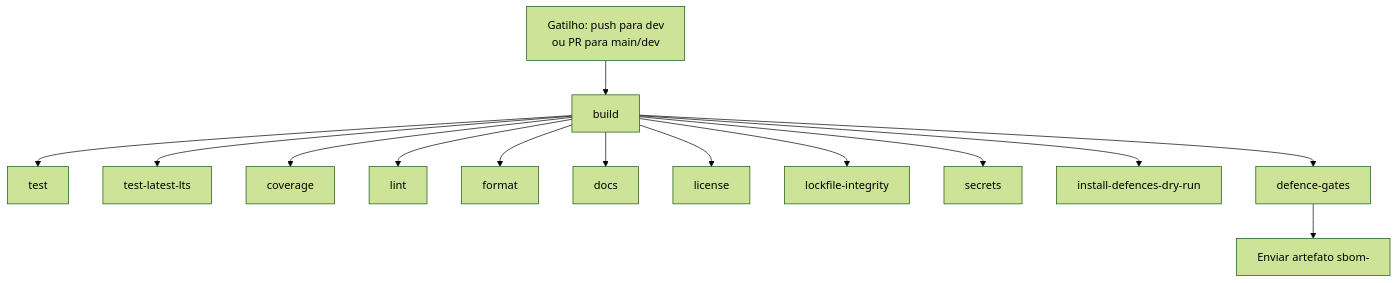
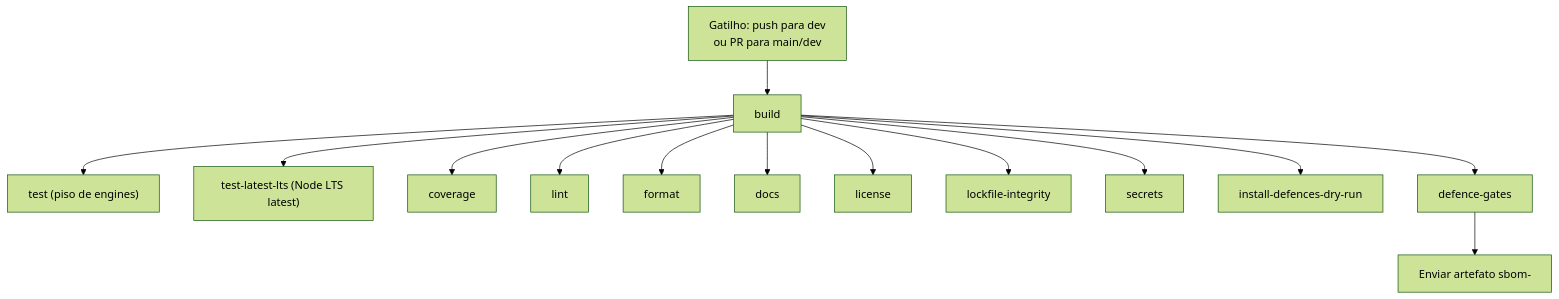
One commit to adrianoenache/learn-supply-chain-attack-defence changed the diagram in docs/pt-BR/ci-cd-overview.md. Above: the diagram before and after it, drawn with Mermaid (forest theme). The commit also changed 4 other files, not shown here.

Commit message:
docs(ci): reflect the Test (engines floor) display name (EN/PT)

````diff
--- a/docs/pt-BR/ci-cd-overview.md
+++ b/docs/pt-BR/ci-cd-overview.md
@@ -14,16 +14,16 @@
 ```mermaid
 graph TD
   A[Gatilho: push para dev<br/>ou PR para main/dev] --> B[build]
-  B --> C[test]
-  B --> C2[test-latest-lts]
+  B --> C["test (piso de engines)"]
+  B --> C2["test-latest-lts (Node LTS latest)"]
   B --> D[coverage]
   B --> E[lint]
   B --> F[format]
   B --> G[docs]
   B --> H[license]
   B --> I[lockfile-integrity]
   B --> J[secrets]
   B --> K[install-defences-dry-run]
   B --> L[defence-gates]
   L --> M[Enviar artefato sbom-<run-id>]
 ```
````
